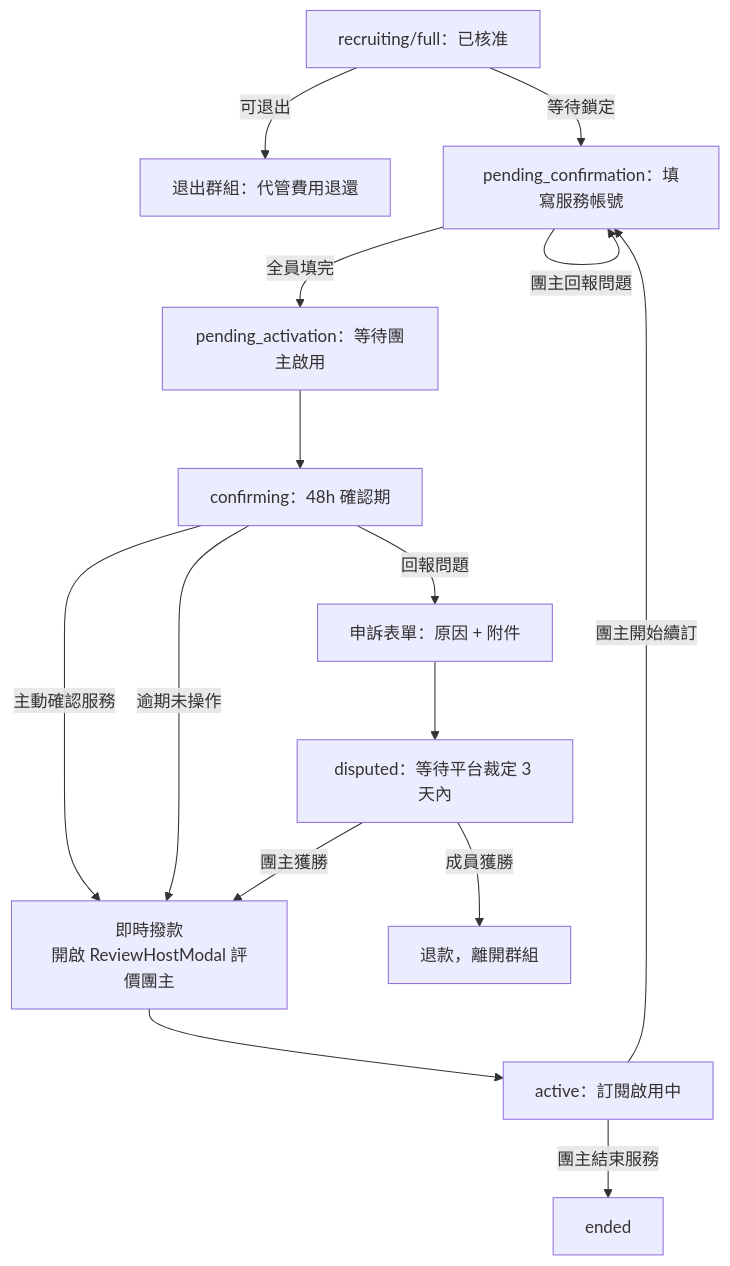
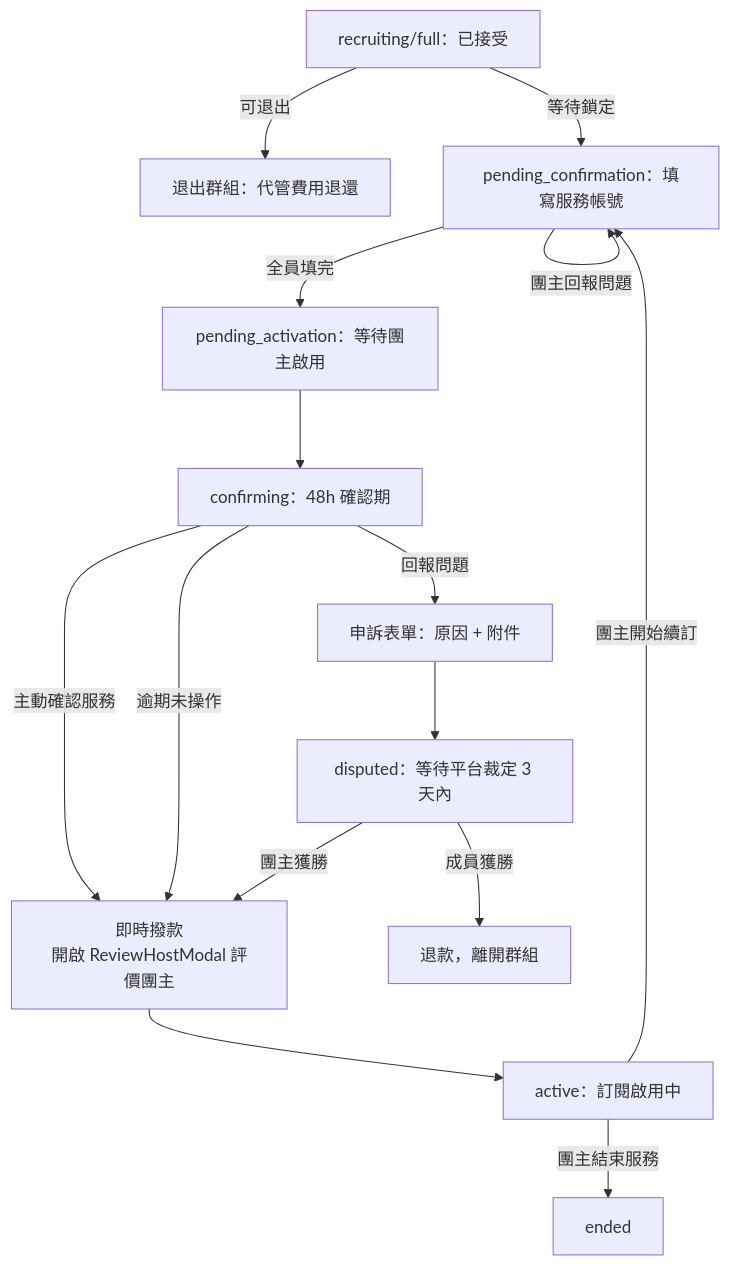
The diagram in docs/flows/my-groups-member-flow.md (s1092055/PartyMatch), drawn with Mermaid before and after one commit. The commit also changed other lines of this file and 63 other files, not shown here.

````diff
--- a/docs/flows/my-groups-member-flow.md
+++ b/docs/flows/my-groups-member-flow.md
@@ -8,17 +8,17 @@
 ```mermaid
 flowchart TD
-    A[recruiting/full：已核准] -->|可退出| B[退出群組：代管費用退還]
+    A[recruiting/full：已接受] -->|可退出| B[退出群組：代管費用退還]
     A -->|等待鎖定| C[pending_confirmation：填寫服務帳號]
     C -->|團主回報問題| C
     C -->|全員填完| D[pending_activation：等待團主啟用]
     D --> E[confirming：48h 確認期]
     E -->|主動確認服務| F[即時撥款\n開啟 ReviewHostModal 評價團主]
     E -->|逾期未操作| F
     E -->|回報問題| G[申訴表單：原因 + 附件]
     G --> H[disputed：等待平台裁定 3 天內]
     H -->|成員獲勝| I[退款，離開群組]
     H -->|團主獲勝| F
     F --> J[active：訂閱啟用中]
     J -->|團主開始續訂| C
     J -->|團主結束服務| K[ended]
 ```
````
